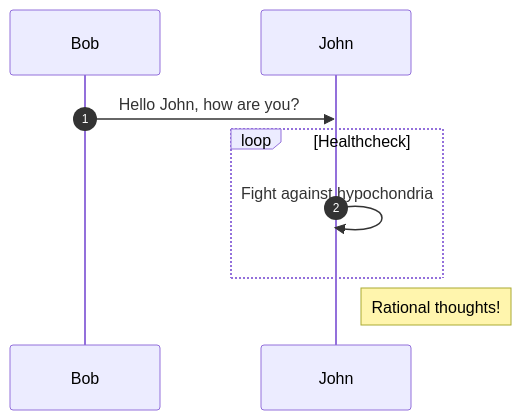
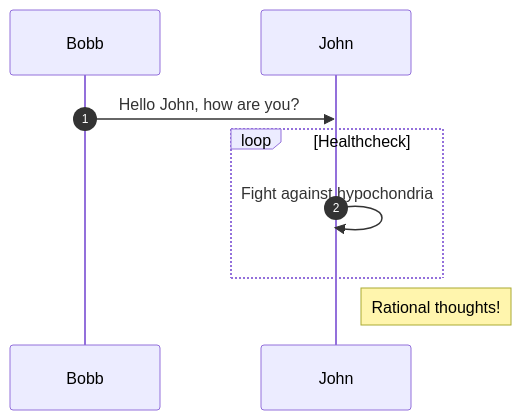
One commit to geksogen/Learn_GIT changed the diagram in docs/sequence_diag.md. Above: the diagram before and after it, drawn with Mermaid.

````diff
--- a/docs/sequence_diag.md
+++ b/docs/sequence_diag.md
@@ -3,9 +3,9 @@
 ``` mermaid
 sequenceDiagram
   autonumber
-  Bob->>John: Hello John, how are you?
+  Bobb->>John: Hello John, how are you?
   loop Healthcheck
       John->>John: Fight against hypochondria
   end
   Note right of John: Rational thoughts!
 ```
````
